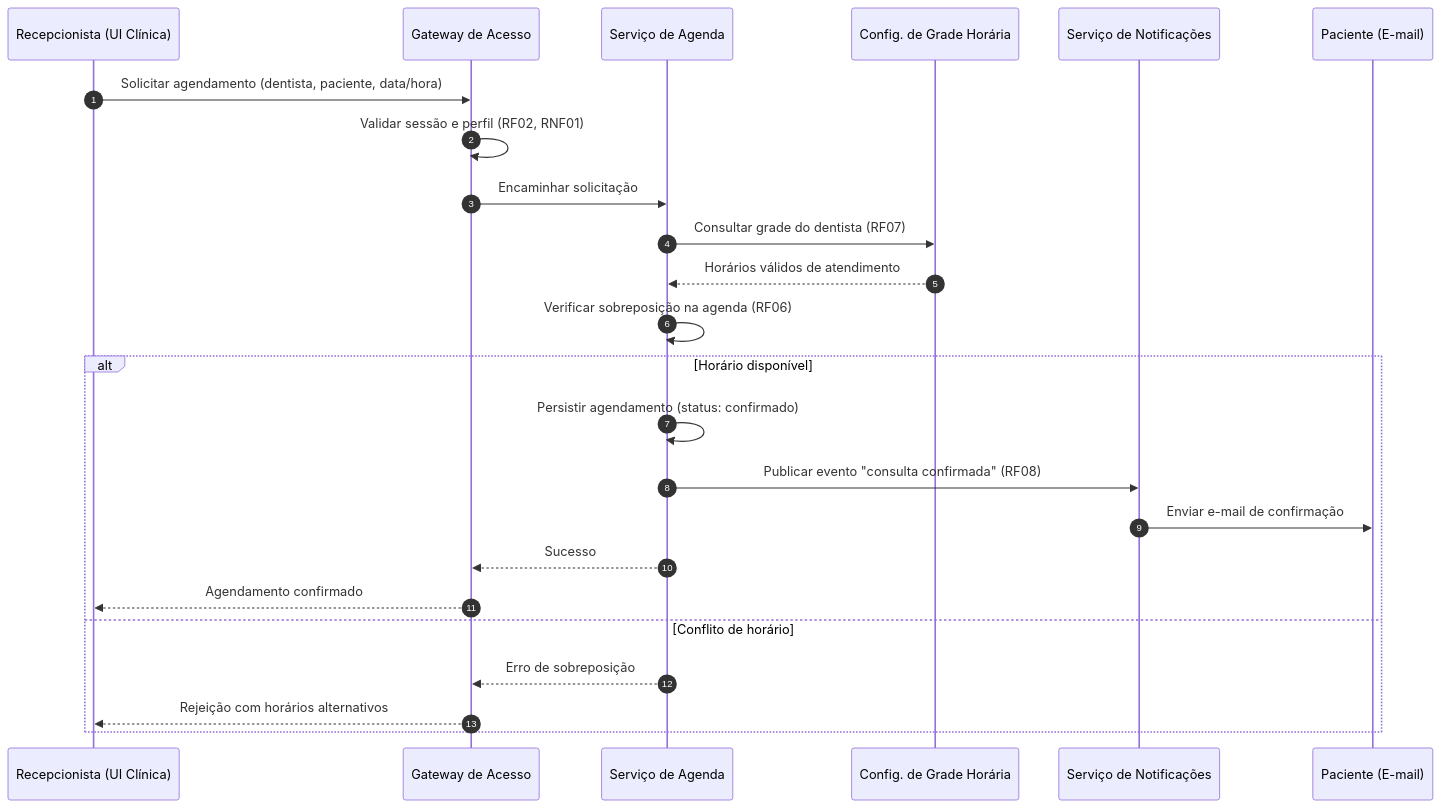
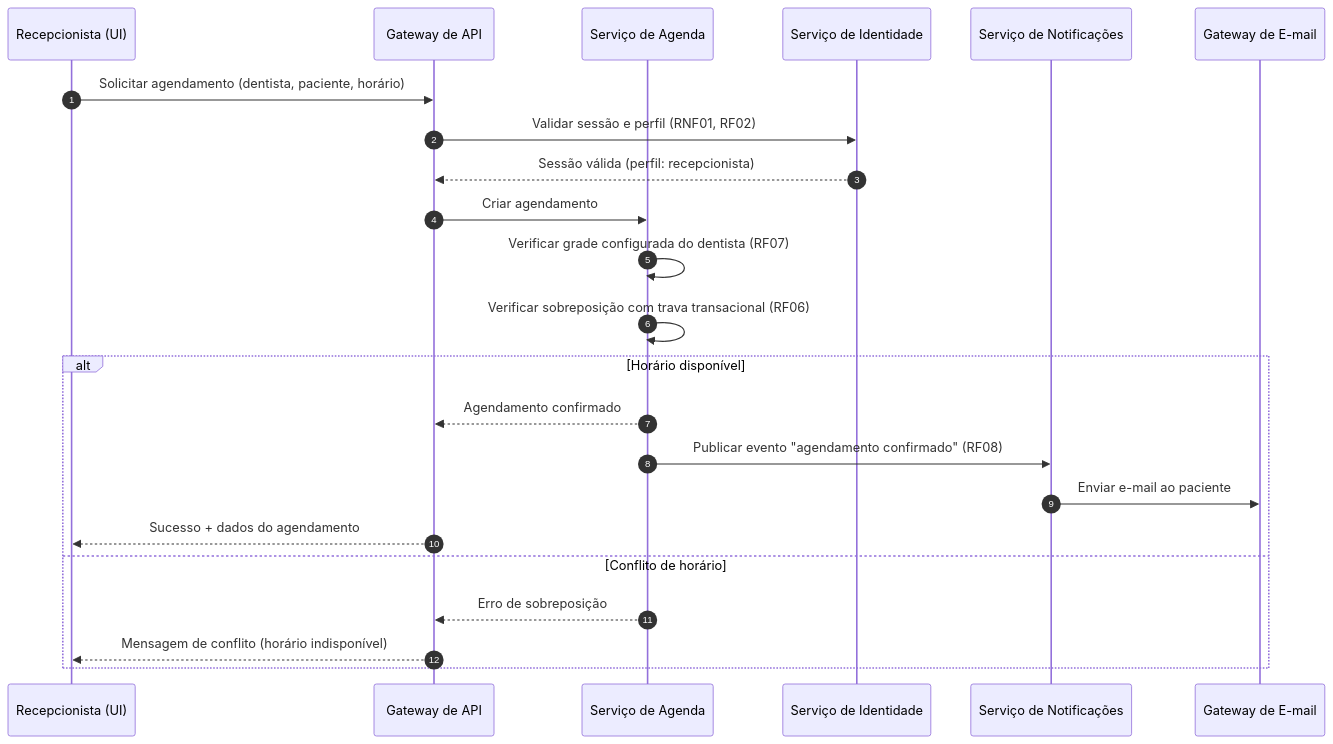
The second of 3 diagrams in docs/Time_2_Design/analise-qualitativa/outputs/relatorio_claude_fable_5_M02.md (PDC-ESIA/AI4ES), drawn with Mermaid before and after one commit. The commit also changed other lines of this file and 107 other files, not shown here.

````diff
--- a/docs/Time_2_Design/analise-qualitativa/outputs/relatorio_claude_fable_5_M02.md
+++ b/docs/Time_2_Design/analise-qualitativa/outputs/relatorio_claude_fable_5_M02.md
@@ -91,27 +80,26 @@
 ```mermaid
 sequenceDiagram
     autonumber
-    participant R as Recepcionista (UI Clínica)
-    participant GW as Gateway de Acesso
-    participant AGD as Serviço de Agenda
-    participant GRD as Config. de Grade Horária
-    participant NOT as Serviço de Notificações
-    participant P as Paciente (E-mail)
+    participant R as Recepcionista (UI)
+    participant GW as Gateway de API
+    participant AG as Serviço de Agenda
+    participant AU as Serviço de Identidade
+    participant NT as Serviço de Notificações
+    participant EM as Gateway de E-mail
 
-    R->>GW: Solicitar agendamento (dentista, paciente, data/hora)
-    GW->>GW: Validar sessão e perfil (RF02, RNF01)
-    GW->>AGD: Encaminhar solicitação
-    AGD->>GRD: Consultar grade do dentista (RF07)
-    GRD-->>AGD: Horários válidos de atendimento
-    AGD->>AGD: Verificar sobreposição na agenda (RF06)
+    R->>GW: Solicitar agendamento (dentista, paciente, horário)
+    GW->>AU: Validar sessão e perfil (RNF01, RF02)
+    AU-->>GW: Sessão válida (perfil: recepcionista)
+    GW->>AG: Criar agendamento
+    AG->>AG: Verificar grade configurada do dentista (RF07)
+    AG->>AG: Verificar sobreposição com trava transacional (RF06)
     alt Horário disponível
-        AGD->>AGD: Persistir agendamento (status: confirmado)
-        AGD->>NOT: Publicar evento "consulta confirmada" (RF08)
-        NOT->>P: Enviar e-mail de confirmação
-        AGD-->>GW: Sucesso
-        GW-->>R: Agendamento confirmado
+        AG-->>GW: Agendamento confirmado
+        AG->>NT: Publicar evento "agendamento confirmado" (RF08)
+        NT->>EM: Enviar e-mail ao paciente
+        GW-->>R: Sucesso + dados do agendamento
     else Conflito de horário
-        AGD-->>GW: Erro de sobreposição
-        GW-->>R: Rejeição com horários alternativos
+        AG-->>GW: Erro de sobreposição
+        GW-->>R: Mensagem de conflito (horário indisponível)
     end
 ```
````
